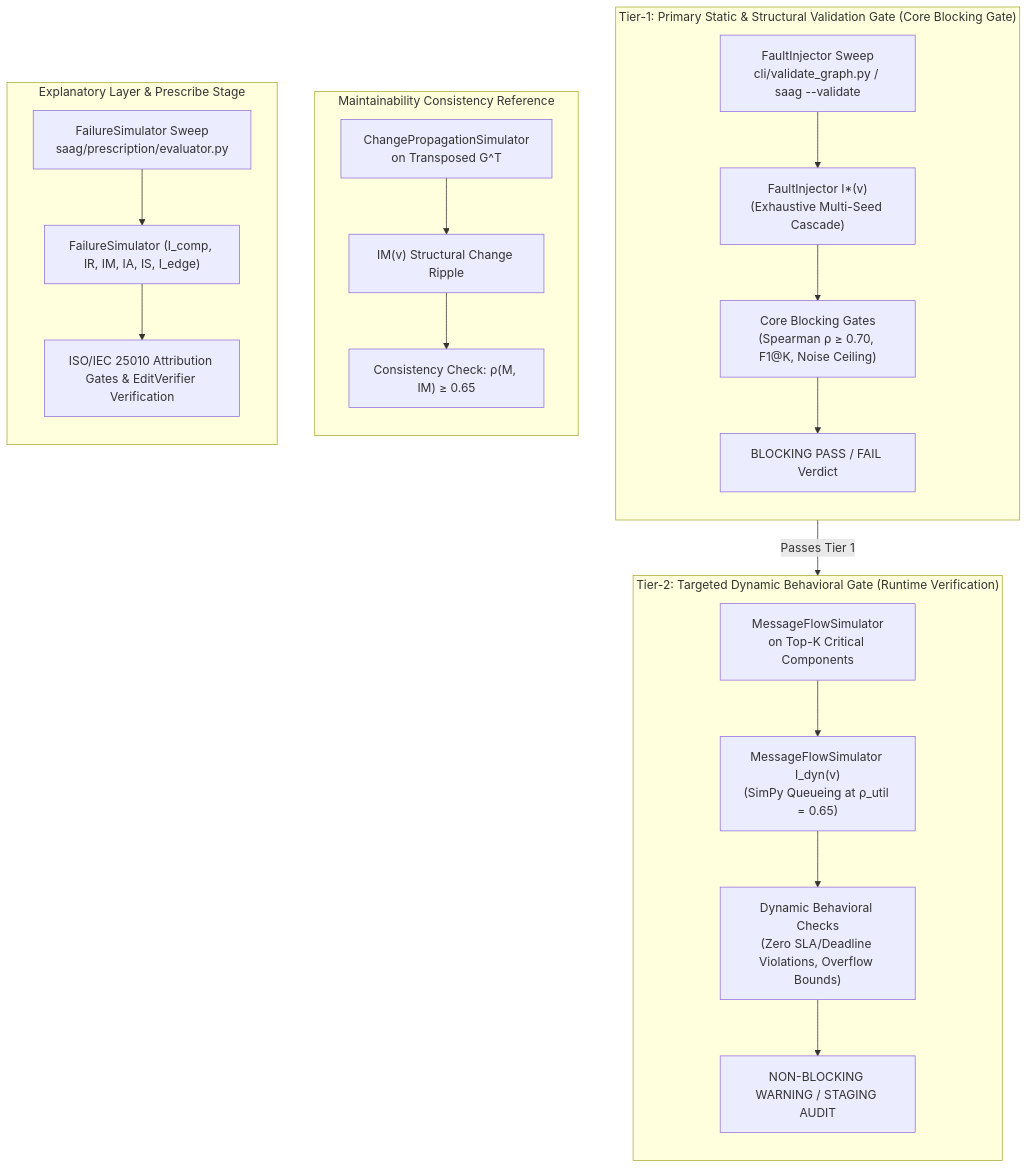
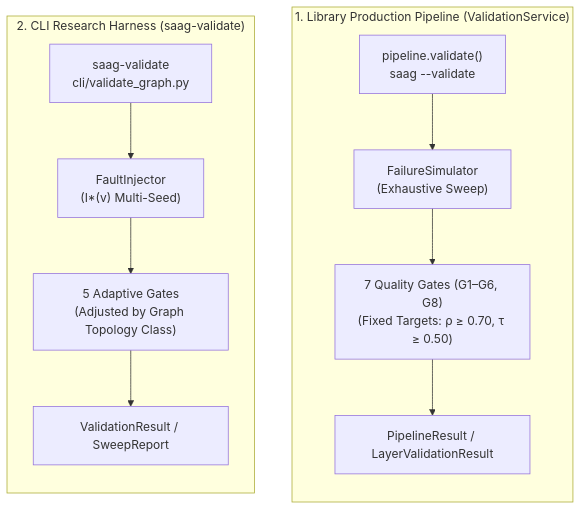
The second of 4 diagrams in docs/validation.md (onuralpyigit/software-as-a-graph), drawn with Mermaid before and after one commit. The commit also changed other lines of this file and 15 other files, not shown here.

First line of the commit message:
Refactor validation architecture and enhance dual validation pathways

````diff
--- a/docs/validation.md
+++ b/docs/validation.md
@@ -78,30 +78,16 @@
 ```mermaid
 flowchart TD
-    subgraph Tier1["Tier-1: Primary Static & Structural Validation Gate (Core Blocking Gate)"]
+    subgraph LibPath["1. Library Production Pipeline (ValidationService)"]
         direction TB
-        T1_CMD["FaultInjector Sweep<br>cli/validate_graph.py / saag --validate"] --> T1_ORC["FaultInjector I*(v)<br>(Exhaustive Multi-Seed Cascade)"]
-        T1_ORC --> T1_GATES["Core Blocking Gates<br>(Spearman ρ ≥ 0.70, F1@K, Noise Ceiling)"]
-        T1_GATES --> T1_OUT["BLOCKING PASS / FAIL Verdict"]
+        L_CMD["pipeline.validate()<br>saag --validate"] --> L_ORC["FailureSimulator<br>(Exhaustive Sweep)"]
+        L_ORC --> L_GATES["7 Quality Gates (G1–G6, G8)<br>(Fixed Targets: ρ ≥ 0.70, τ ≥ 0.50)"]
+        L_GATES --> L_OUT["PipelineResult / LayerValidationResult"]
     end
 
-    subgraph Tier2["Tier-2: Targeted Dynamic Behavioral Gate (Runtime Verification)"]
+    subgraph CliPath["2. CLI Research Harness (saag-validate)"]
         direction TB
-        T2_CMD["MessageFlowSimulator<br>on Top-K Critical Components"] --> T2_ORC["MessageFlowSimulator I_dyn(v)<br>(SimPy Queueing at ρ_util = 0.65)"]
-        T2_ORC --> T2_GATES["Dynamic Behavioral Checks<br>(Zero SLA/Deadline Violations, Overflow Bounds)"]
-        T2_GATES --> T2_OUT["NON-BLOCKING WARNING / STAGING AUDIT"]
+        C_CMD["saag-validate<br>cli/validate_graph.py"] --> C_ORC["FaultInjector<br>(I*(v) Multi-Seed)"]
+        C_ORC --> C_GATES["5 Adaptive Gates<br>(Adjusted by Graph Topology Class)"]
+        C_GATES --> C_OUT["ValidationResult / SweepReport"]
     end
-
-    subgraph MaintRef["Maintainability Consistency Reference"]
-        direction TB
-        MR_CMD["ChangePropagationSimulator<br>on Transposed G^T"] --> MR_ORC["IM(v) Structural Change Ripple"]
-        MR_ORC --> MR_CHECK["Consistency Check: ρ(M, IM) ≥ 0.65"]
-    end
-
-    subgraph ExplanatoryPrescribe["Explanatory Layer & Prescribe Stage"]
-        direction TB
-        EP_CMD["FailureSimulator Sweep<br>saag/prescription/evaluator.py"] --> EP_ORC["FailureSimulator (I_comp, IR, IM, IA, IS, I_edge)"]
-        EP_ORC --> EP_GATES["ISO/IEC 25010 Attribution Gates & EditVerifier Verification"]
-    end
-
-    T1_OUT -->|Passes Tier 1| Tier2
 ```
````
